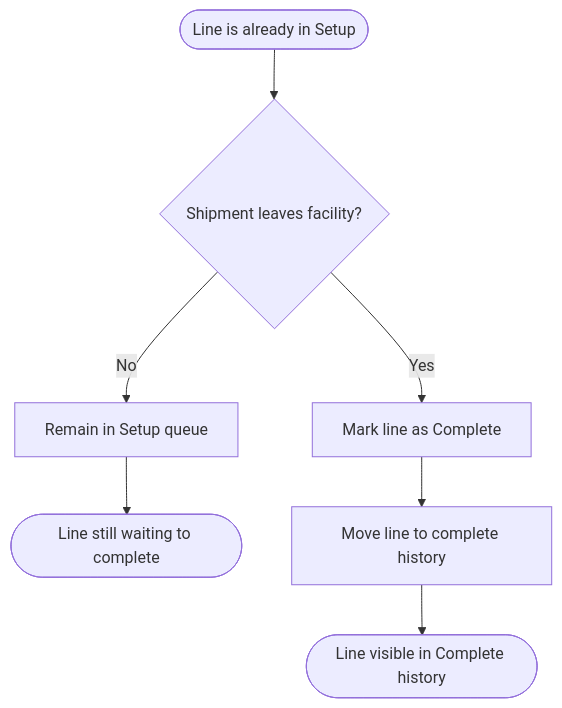
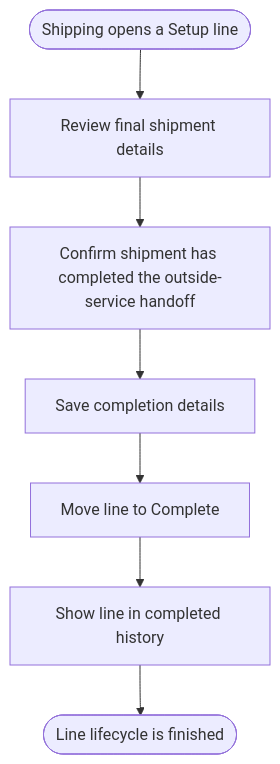
One commit to JDKoll1982/MTM_Receiving_Application changed the third of 3 diagrams in docs/Modules/Module_OutsideService/End-User-Workflow-And-Mockups.md. Above: the diagram before and after it, drawn with Mermaid. The commit also changed other lines of this file and 14 other files, not shown here.

First line of the commit message:
Add unit tests for Dao_ReceivingLoad and new SVG mockups for Outside Service module

````diff
--- a/docs/Modules/Module_OutsideService/End-User-Workflow-And-Mockups.md
+++ b/docs/Modules/Module_OutsideService/End-User-Workflow-And-Mockups.md
@@ -79,9 +73,9 @@
 ```mermaid
 flowchart TD
-  W3_1_Start([Line is already in Setup]) --> W3_1_LeaveDecision{Shipment leaves facility?}
-  W3_1_LeaveDecision -->|No| W3_1_RemainSetup[Remain in Setup queue]
-  W3_1_RemainSetup --> W3_1_SetupEnd([Line still waiting to complete])
-  W3_1_LeaveDecision -->|Yes| W3_1_MarkComplete[Mark line as Complete]
-  W3_1_MarkComplete --> W3_1_MoveHistory[Move line to complete history]
-  W3_1_MoveHistory --> W3_1_HistoryEnd([Line visible in Complete history])
+  C1_Start([Shipping opens a Setup line]) --> C1_Review[Review final shipment details]
+  C1_Review --> C1_Confirm[Confirm shipment has completed the outside-service handoff]
+  C1_Confirm --> C1_Save[Save completion details]
+  C1_Save --> C1_Move[Move line to Complete]
+  C1_Move --> C1_History[Show line in completed history]
+  C1_History --> C1_End([Line lifecycle is finished])
 ```
````
